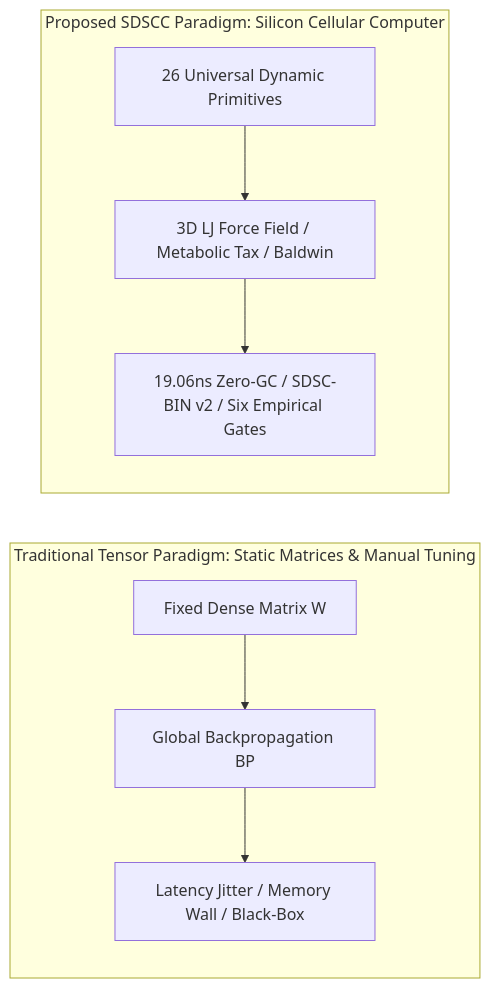
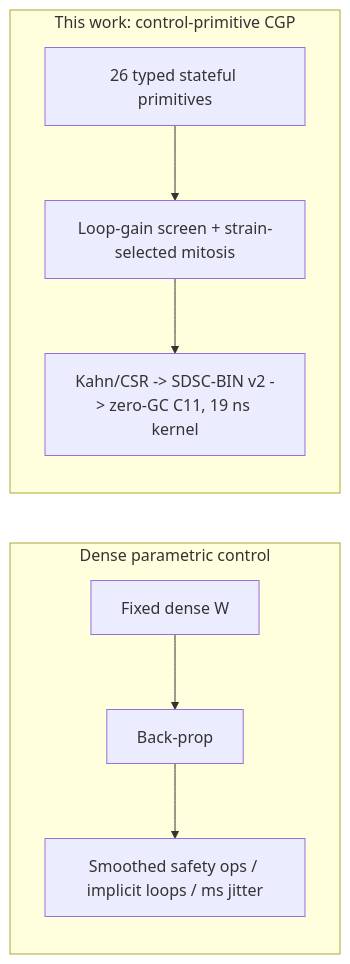
One commit to caixuf/kun-cellular changed the first of 2 diagrams in docs/morphogenetic_cellular_evolution_paper.md. Above: the diagram before and after it, drawn with Mermaid. The commit also changed other lines of this file and 2 other files, not shown here.

Commit message:
docs(paper): harmonize empirical evidence, add Stanley baseline & 10-seed stats, downgrade ASIL-D claims, and isolate Negative Results

````diff
--- a/docs/morphogenetic_cellular_evolution_paper.md
+++ b/docs/morphogenetic_cellular_evolution_paper.md
@@ -59,9 +73,9 @@
 ```mermaid
 graph LR
-    subgraph Traditional Tensor Paradigm: Static Matrices & Manual Tuning
-      M1[Fixed Dense Matrix W] --> M2[Global Backpropagation BP] --> M3[Latency Jitter / Memory Wall / Black-Box]
+    subgraph Dense parametric control
+      M1[Fixed dense W] --> M2[Back-prop] --> M3[Smoothed safety ops / implicit loops / ms jitter]
     end
-    subgraph Proposed SDSCC Paradigm: Silicon Cellular Computer
-      C1[26 Universal Dynamic Primitives] --> C2[3D LJ Force Field / Metabolic Tax / Baldwin] --> C3[19.06ns Zero-GC / SDSC-BIN v2 / Six Empirical Gates]
+    subgraph This work: control-primitive CGP
+      C1[26 typed stateful primitives] --> C2[Loop-gain screen + strain-selected mitosis] --> C3[Kahn/CSR -> SDSC-BIN v2 -> zero-GC C11, 19 ns kernel]
     end
 ```
````
